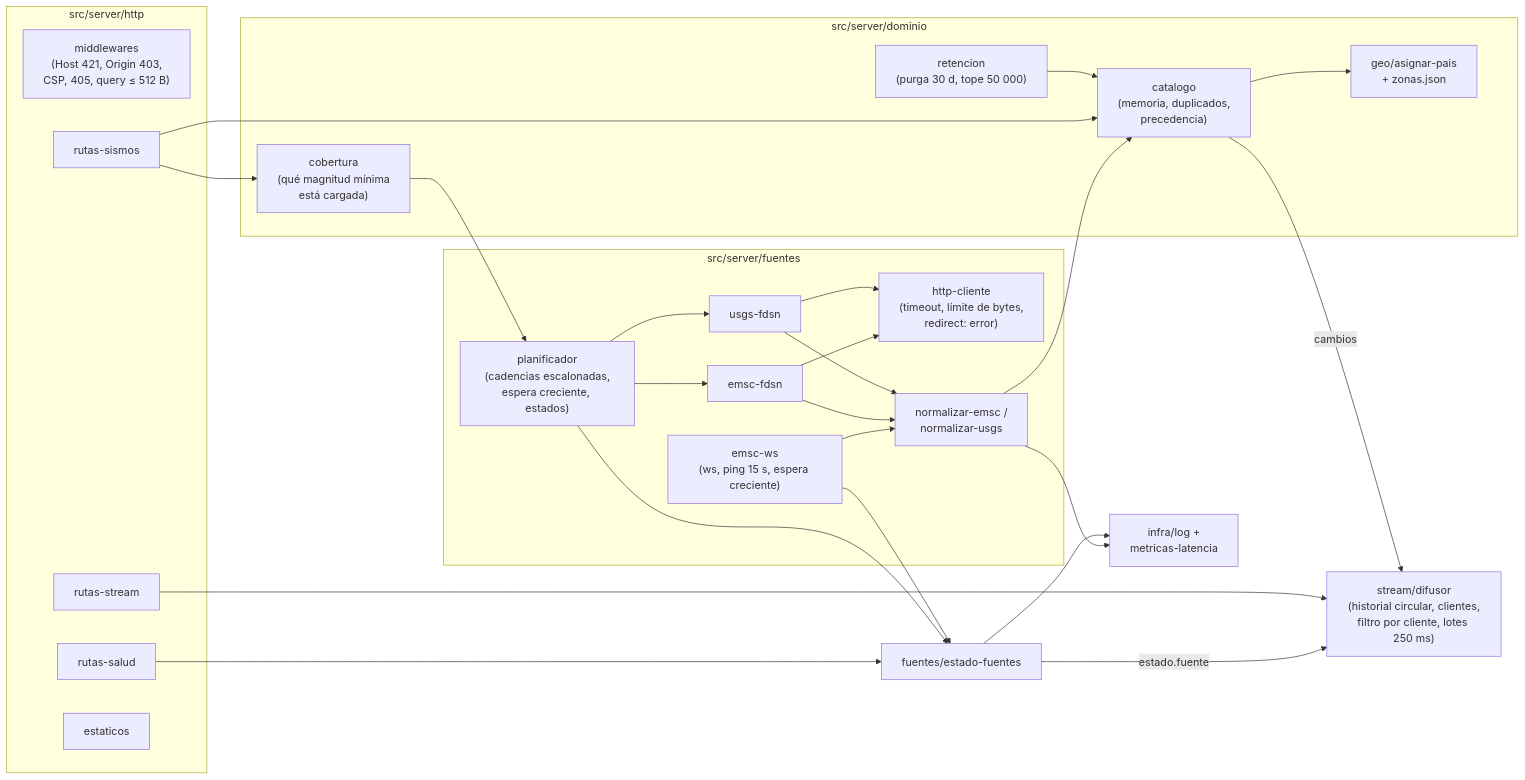
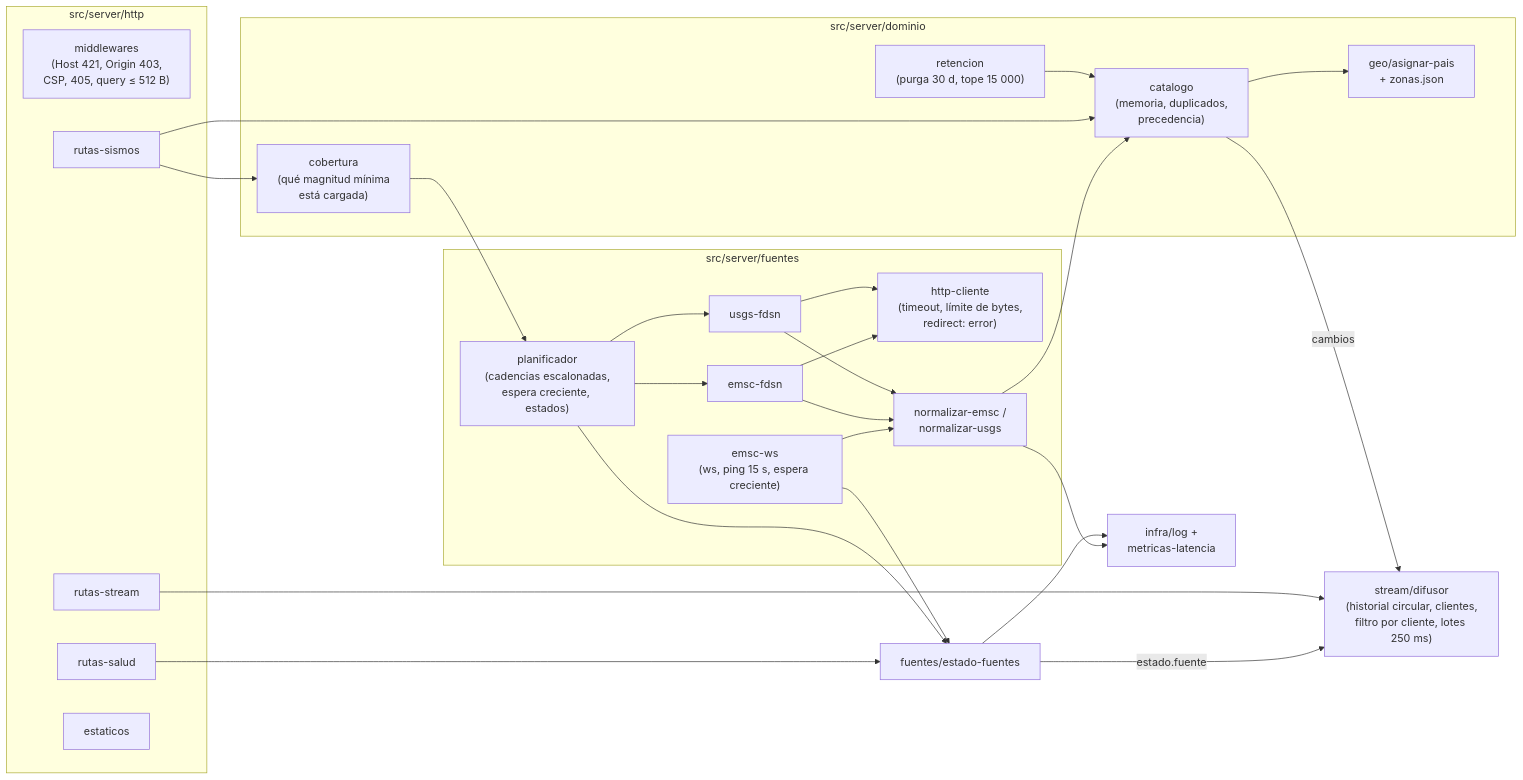
The third of 6 diagrams in docs/01-arquitectura.md (wpadillav/monitor_riesgos_naturales), drawn with Mermaid before and after one commit. The commit also changed other lines of this file and 5 other files, not shown here.

````diff
--- a/docs/01-arquitectura.md
+++ b/docs/01-arquitectura.md
@@ -117,49 +117,49 @@
 ```mermaid
 flowchart LR
   subgraph fuentes["src/server/fuentes"]
     WS["emsc-ws<br/>(ws, ping 15 s, espera creciente)"]
     EF["emsc-fdsn"]
     US["usgs-fdsn"]
     PL["planificador<br/>(cadencias escalonadas,<br/>espera creciente, estados)"]
     HC["http-cliente<br/>(timeout, límite de bytes,<br/>redirect: error)"]
     NE["normalizar-emsc /<br/>normalizar-usgs"]
     EF --> HC
     US --> HC
     PL --> EF
     PL --> US
   end
   subgraph dominio["src/server/dominio"]
     CAT["catalogo<br/>(memoria, duplicados,<br/>precedencia)"]
     COB["cobertura<br/>(qué magnitud mínima<br/>está cargada)"]
-    RET["retencion<br/>(purga 30 d, tope 50 000)"]
+    RET["retencion<br/>(purga 30 d, tope 15 000)"]
     GEO["geo/asignar-pais<br/>+ zonas.json"]
   end
   subgraph http["src/server/http"]
     MW["middlewares<br/>(Host 421, Origin 403,<br/>CSP, 405, query ≤ 512 B)"]
     RS["rutas-sismos"]
     RT["rutas-stream"]
     RH["rutas-salud"]
     EST["estaticos"]
   end
   DIF["stream/difusor<br/>(historial circular, clientes,<br/>filtro por cliente, lotes 250 ms)"]
   EFU["fuentes/estado-fuentes"]
   LOG["infra/log +<br/>metricas-latencia"]
 
   WS --> NE
   EF --> NE
   US --> NE
   NE --> CAT
   CAT --> GEO
   CAT -- "cambios" --> DIF
   PL --> EFU
   WS --> EFU
   EFU -- "estado.fuente" --> DIF
   RS --> COB
   COB --> PL
   RS --> CAT
   RT --> DIF
   RH --> EFU
   RET --> CAT
   NE --> LOG
   EFU --> LOG
 ```
````
